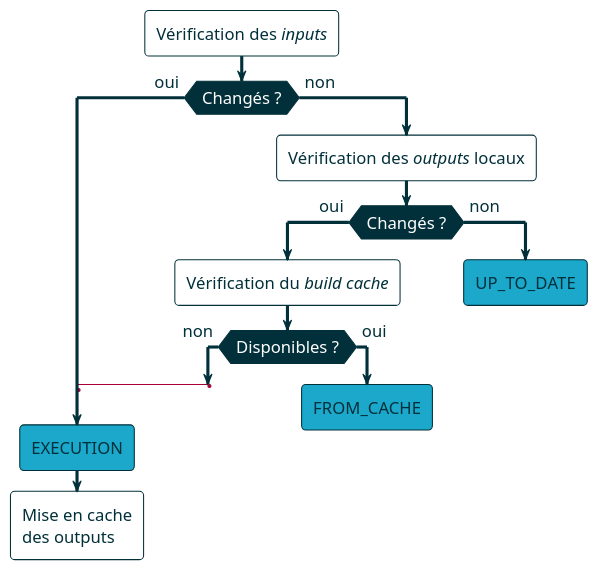
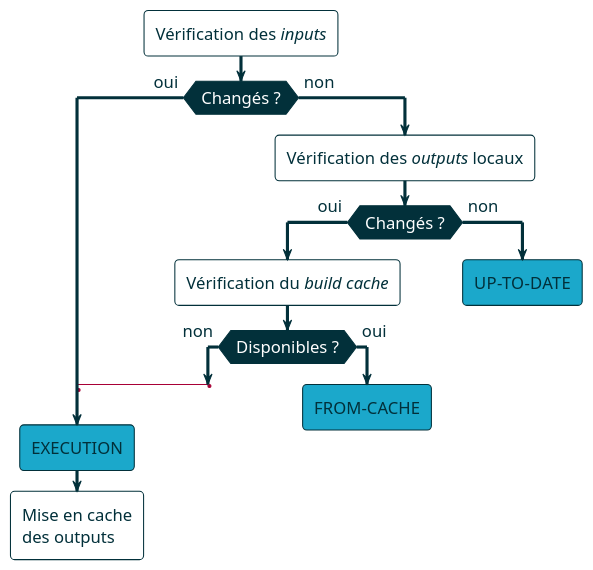
One commit to ljacomet/gradle-build-love changed the diagram in slides/src/docs/asciidoc/fragments/_diagram_task-execution.adoc. Above: the diagram before and after it, drawn with PlantUML. The commit also changed 18 other files, not shown here.

```diff
--- a/slides/src/docs/asciidoc/fragments/_diagram_task-execution.adoc
+++ b/slides/src/docs/asciidoc/fragments/_diagram_task-execution.adoc
@@ -1,61 +1,61 @@
 [plantuml]
 ....
 @startuml
 !theme spacelab
 <style>
 activityDiagram {
   BackgroundColor transparent
   FontName Helvetica
   FontSize 16
   FontColor 02303a
   LineColor 02303a
   diamond {
     BackgroundColor 02303a
     FontColor white
   }
 }
 </style>
 :Vérification des //inputs//;
 if(Changés ?) then (oui)
     label space_1
     label space_2
     label space_3
     label space_4
     label space_5
     label space_6
     label space_7
     label space_8
     label space_9
     label space_10
     label space_11
     label space_12
     label space_13
     label exec
     #1ba8cb :EXECUTION;
     :Mise en cache\ndes outputs;
     detach
 else (non)
     label space_100
     :Vérification des //outputs// locaux;
     label space_101
     label space_102
     if(Changés ?) then (oui)
         label space_200
         :Vérification du //build cache//;
         label space_201
         if(Disponibles ?) then (non)
             label space_300
             goto exec
         else(oui)
             label space_400
-            #1ba8cb :FROM_CACHE;
+            #1ba8cb :FROM-CACHE;
             detach
         endif
     else(non)
         label space_500
-        #1ba8cb :UP_TO_DATE;
+        #1ba8cb :UP-TO-DATE;
         detach
     endif
 endif
 @enduml
 ....
```
